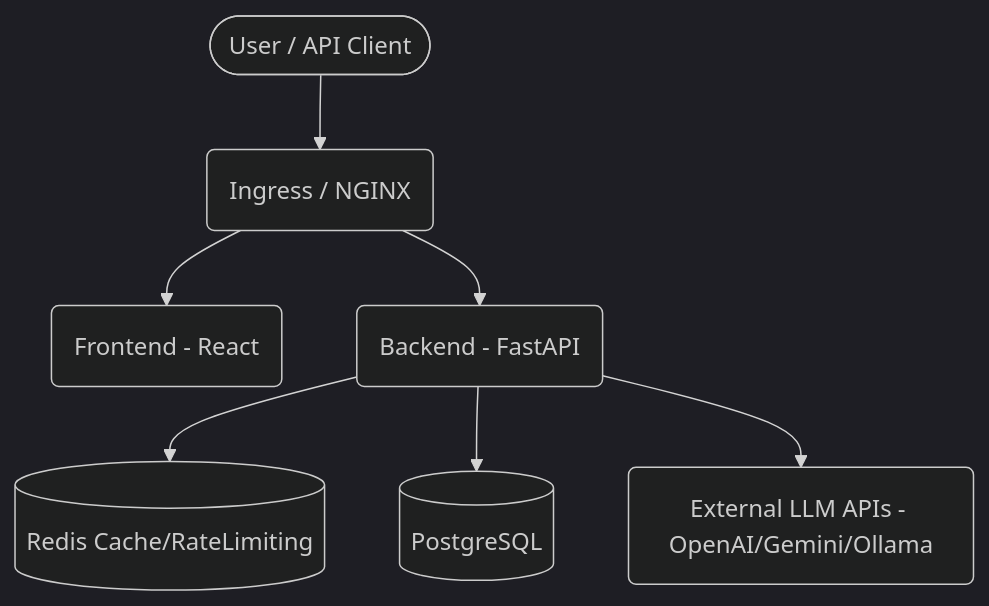
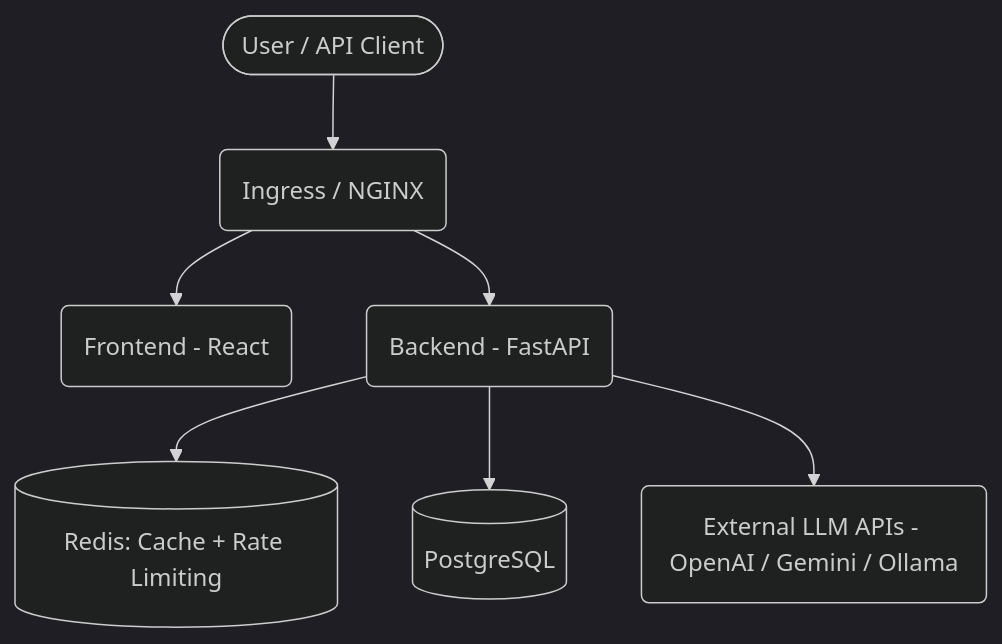
The diagram in README.md (tranannhtu21012006/SecureAI-Gateway), drawn with Mermaid (dark theme) before and after one commit. The commit also changed other lines of this file, not shown here.

````diff
--- a/README.md
+++ b/README.md
@@ -7,9 +53,9 @@
 ```mermaid
 flowchart TD
     User([User / API Client]) --> Ingress(Ingress / NGINX)
     Ingress --> Frontend(Frontend - React)
     Ingress --> Backend(Backend - FastAPI)
-    Backend --> Redis[(Redis Cache/RateLimiting)]
+    Backend --> Redis[(Redis: Cache + Rate Limiting)]
     Backend --> DB[(PostgreSQL)]
-    Backend --> LLMs(External LLM APIs - OpenAI/Gemini/Ollama)
+    Backend --> LLMs(External LLM APIs - OpenAI / Gemini / Ollama)
 ```
````
